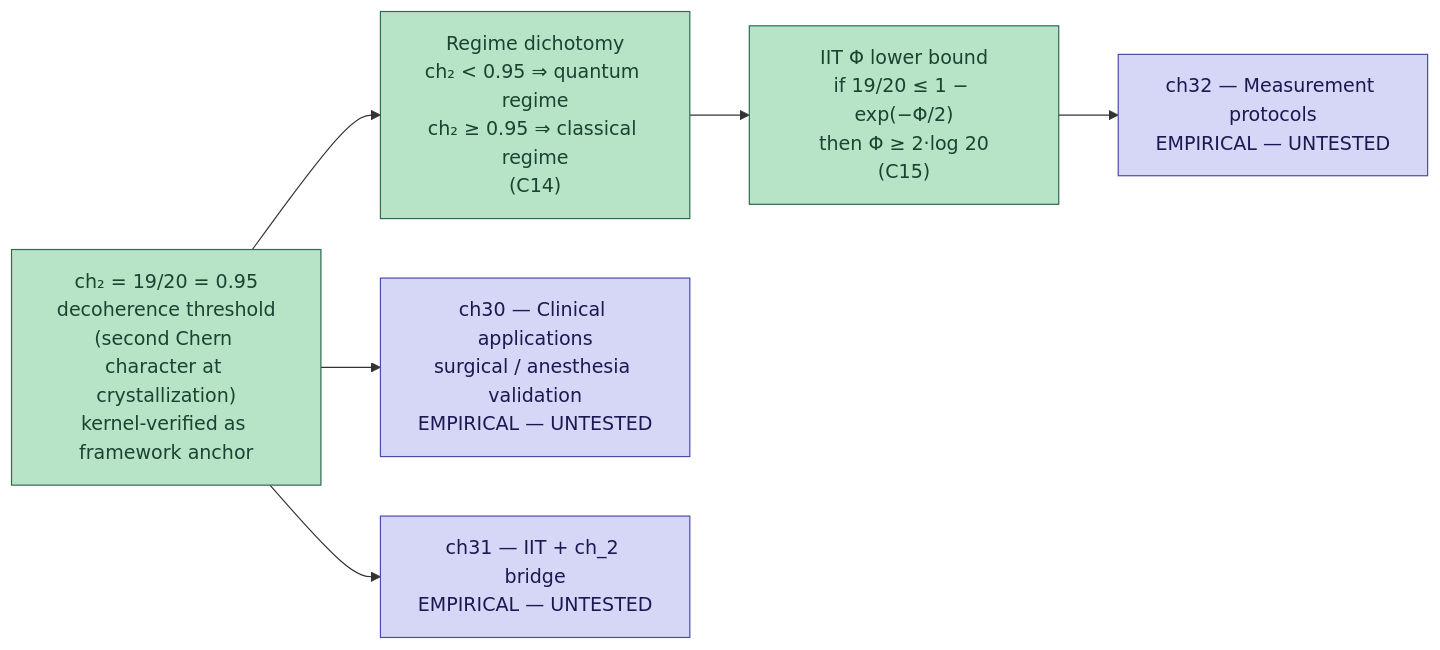
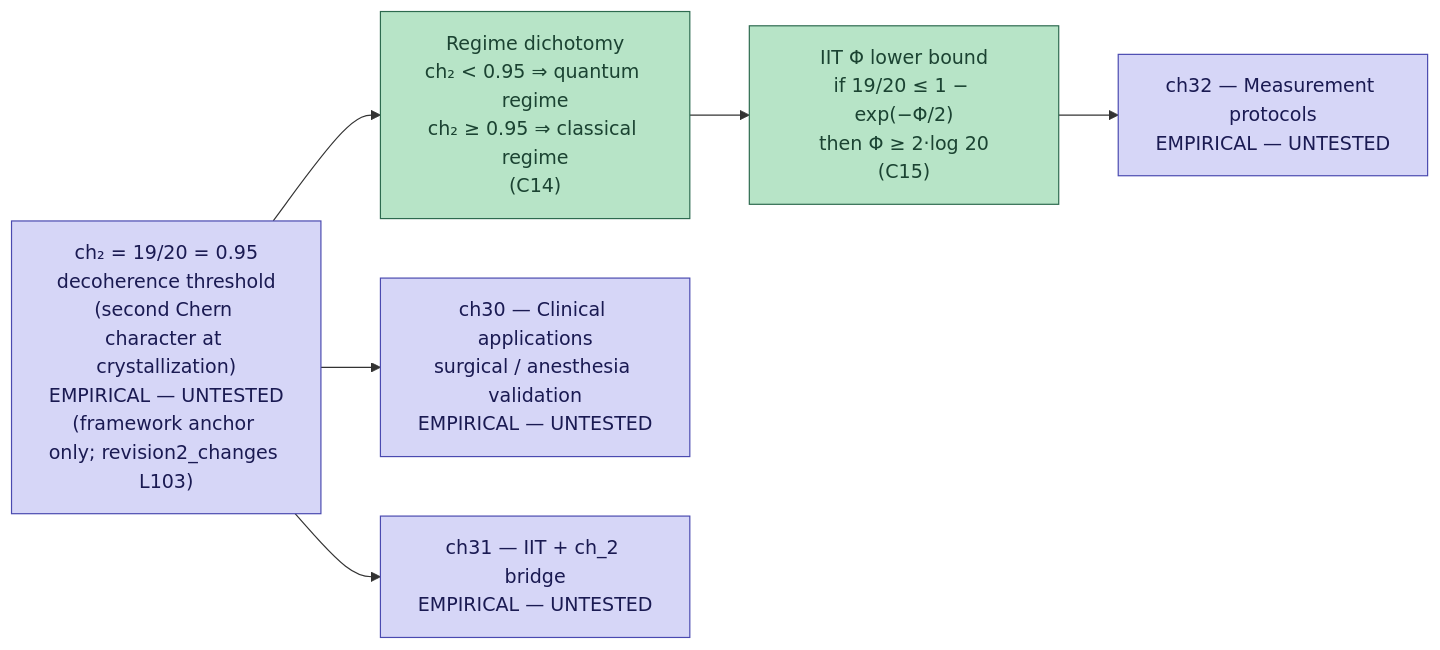
One commit to FractalDevTeam/Principia-Fractalis changed the sixth of 9 diagrams in codex/PRINCIPIA_FRACTALIS_FULL_DIAGRAM_2026-11-14.md. Above: the diagram before and after it, drawn with Mermaid. The commit also changed other lines of this file and 5 other files, not shown here.

First line of the commit message:
diagram: close all 6 gaps from PF_TOE_DIAGRAM_GAP_AUDIT_2026-11-15

````diff
--- a/codex/PRINCIPIA_FRACTALIS_FULL_DIAGRAM_2026-11-14.md
+++ b/codex/PRINCIPIA_FRACTALIS_FULL_DIAGRAM_2026-11-14.md
@@ -290,23 +290,23 @@
 ```mermaid
 flowchart LR
     classDef proven fill:#b7e4c7,stroke:#2d6a4f,color:#1b4332
     classDef empirical fill:#d6d6f7,stroke:#4a4ab0,color:#1a1a52
 
-    CH2["ch₂ = 19/20 = 0.95<br/>decoherence threshold<br/>(second Chern character at crystallization)<br/>kernel-verified as framework anchor"]:::proven
+    CH2["ch₂ = 19/20 = 0.95<br/>decoherence threshold<br/>(second Chern character at crystallization)<br/>EMPIRICAL — UNTESTED<br/>(framework anchor only; revision2_changes L103)"]:::empirical
 
     DICH["Regime dichotomy<br/>ch₂ < 0.95 ⇒ quantum regime<br/>ch₂ ≥ 0.95 ⇒ classical regime<br/>(C14)"]:::proven
 
     PHI["IIT Φ lower bound<br/>if 19/20 ≤ 1 − exp(−Φ/2)<br/>then Φ ≥ 2·log 20<br/>(C15)"]:::proven
 
     CLIN["ch30 — Clinical applications<br/>surgical / anesthesia validation<br/>EMPIRICAL — UNTESTED"]:::empirical
 
     NEURO["ch31 — IIT + ch_2 bridge<br/>EMPIRICAL — UNTESTED"]:::empirical
 
     PROT["ch32 — Measurement protocols<br/>EMPIRICAL — UNTESTED"]:::empirical
 
     CH2 --> DICH
     DICH --> PHI
     CH2 --> CLIN
     CH2 --> NEURO
     PHI --> PROT
 ```
````
